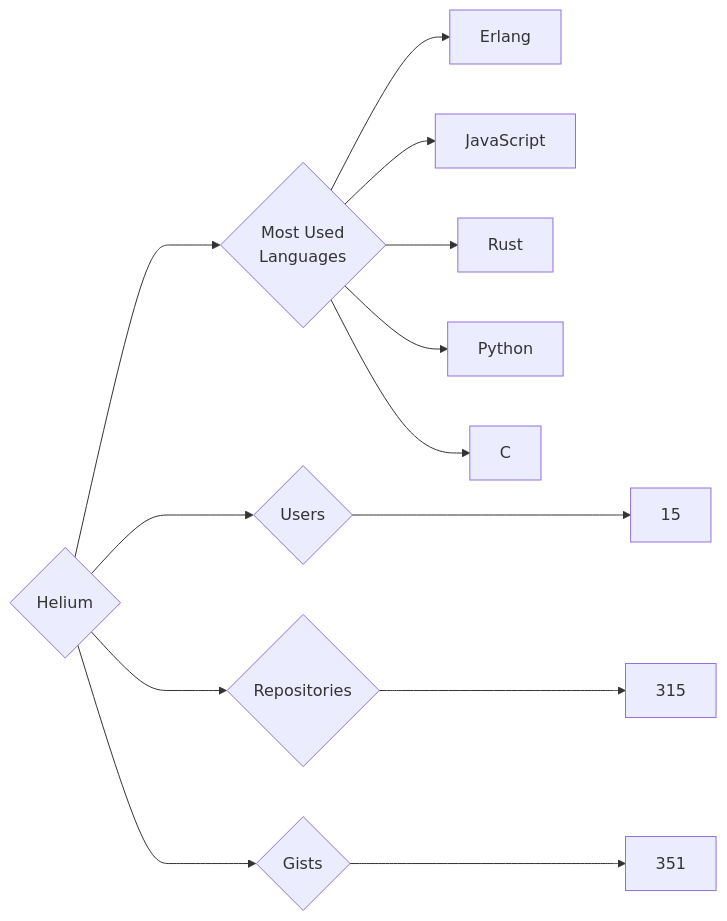
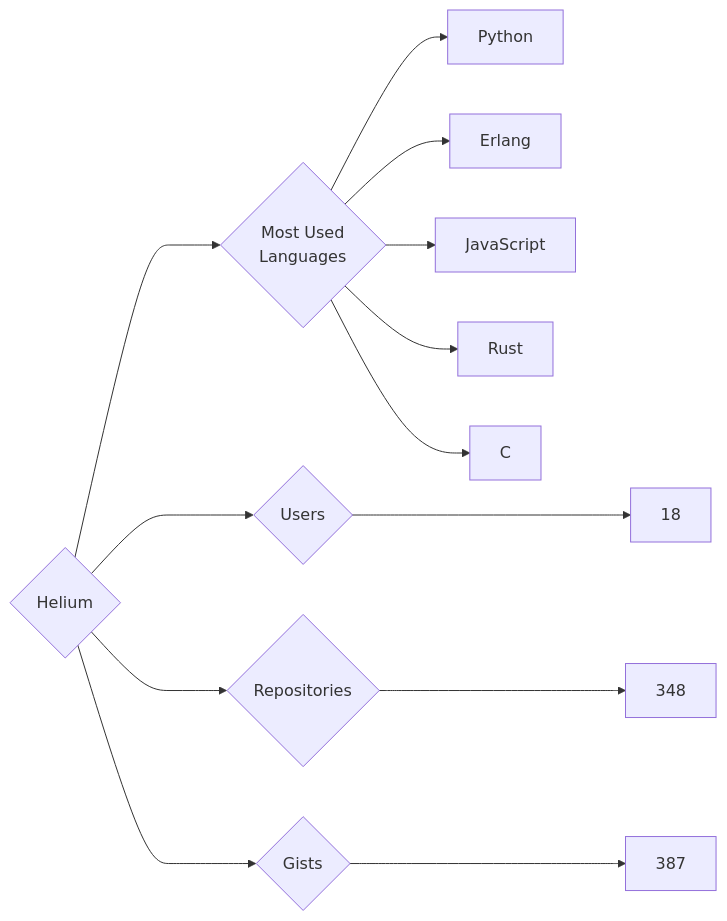
Before and after one commit to trickest/insiders: the diagram in targets/Helium/README.md, drawn with Mermaid. The commit also changed 715 other files, not shown here.

````diff
--- a/targets/Helium/README.md
+++ b/targets/Helium/README.md
@@ -3,13 +3,13 @@
 ```mermaid
 graph LR
 COMPANY_NAME{Helium}
-COMPANY_NAME ---> U{Users} ---> UN[15]
-COMPANY_NAME ---> R{Repositories} ---> RN[315]
-COMPANY_NAME ---> G{Gists} ---> GN[351]
+COMPANY_NAME ---> U{Users} ---> UN[18]
+COMPANY_NAME ---> R{Repositories} ---> RN[348]
+COMPANY_NAME ---> G{Gists} ---> GN[387]
 COMPANY_NAME ---> ML{Most Used<br>Languages}
+ML --> Python[Python]
 ML --> Erlang[Erlang]
 ML --> JavaScript[JavaScript]
 ML --> Rust[Rust]
-ML --> Python[Python]
 ML --> C[C]
 ```
````
